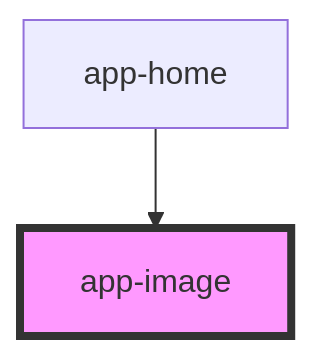
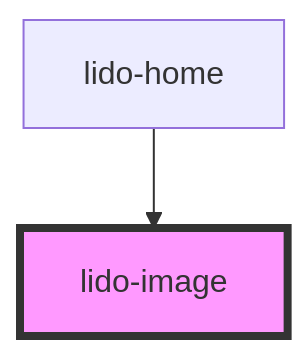
Before and after one commit to chimple/lido-player: the diagram in src/components/image/readme.md, drawn with Mermaid. The commit also changed other lines of this file and 40 other files, not shown here.

````diff
--- a/src/components/image/readme.md
+++ b/src/components/image/readme.md
@@ -40,5 +39,5 @@
 ```mermaid
 graph TD;
-  app-home --> app-image
-  style app-image fill:#f9f,stroke:#333,stroke-width:4px
+  lido-home --> lido-image
+  style lido-image fill:#f9f,stroke:#333,stroke-width:4px
 ```
````
